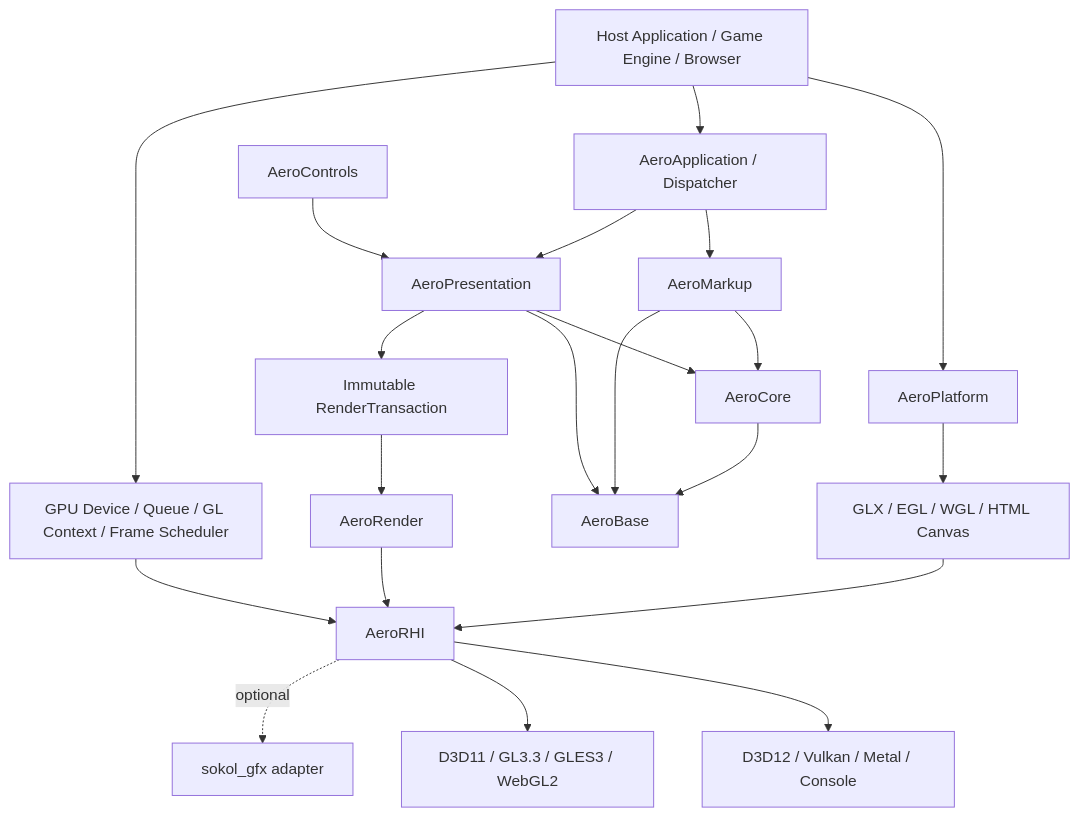
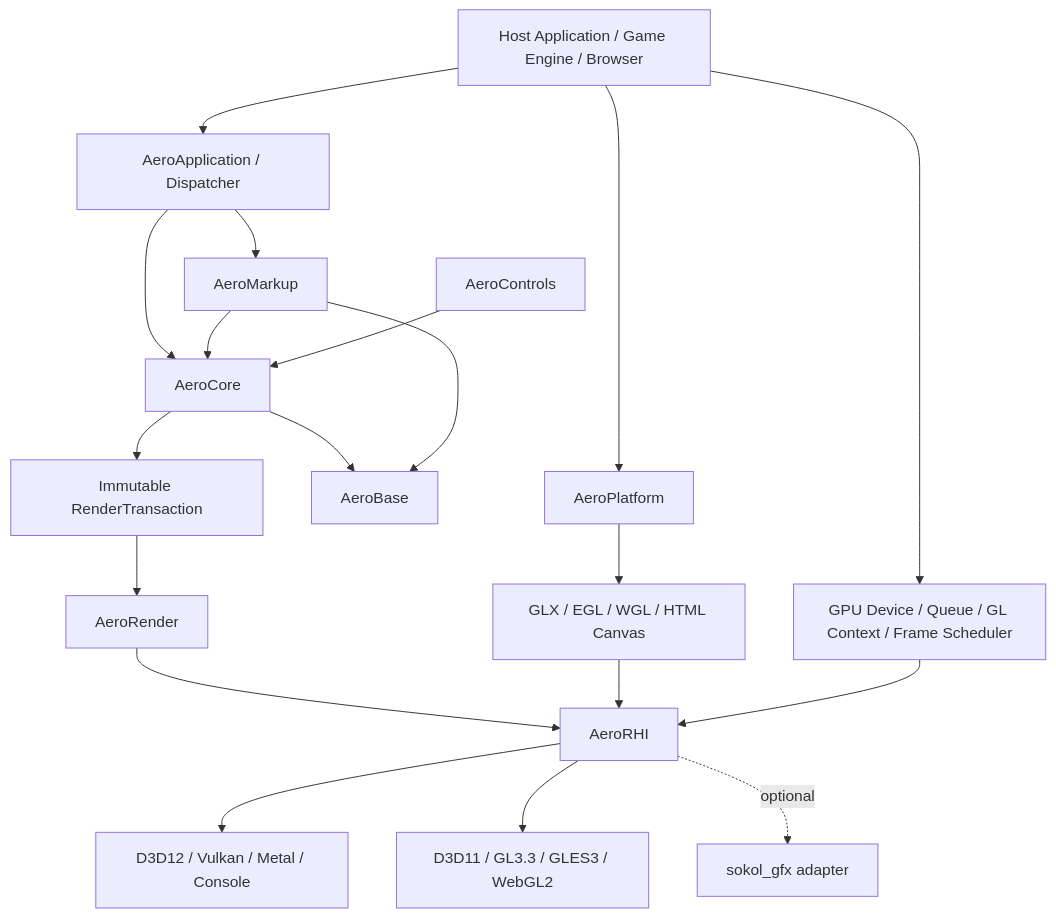
One commit to smithw2055-rgb/AeroGUI changed the diagram in docs/WPF_CPP_PORT_SPEC.md. Above: the diagram before and after it, drawn with Mermaid. The commit also changed other lines of this file and 255 other files, not shown here.

Commit message:
Apply AeroGUI presentation-layer removal patch

````diff
--- a/docs/WPF_CPP_PORT_SPEC.md
+++ b/docs/WPF_CPP_PORT_SPEC.md
@@ -130,27 +130,25 @@
 ```mermaid
 flowchart TB
     Host[Host Application / Game Engine / Browser] --> Platform[AeroPlatform]
     Host --> UI[AeroApplication / Dispatcher]
     Host --> Device[GPU Device / Queue / GL Context / Frame Scheduler]
 
     UI --> Markup[AeroMarkup]
-    Markup --> Core[AeroCore]
-    UI --> Presentation[AeroPresentation]
-    Presentation --> Core
-    Controls[AeroControls] --> Presentation
+    UI --> Core[AeroCore]
+    Markup --> Core
+    Controls[AeroControls] --> Core
 
     Core --> Base[AeroBase]
     Markup --> Base
-    Presentation --> Base
 
-    Presentation --> Tx[Immutable RenderTransaction]
+    Core --> Tx[Immutable RenderTransaction]
     Tx --> Render[AeroRender]
     Render --> RHI[AeroRHI]
     Platform --> Surface[GLX / EGL / WGL / HTML Canvas]
     Surface --> RHI
     Device --> RHI
 
     RHI --> Strategic[D3D12 / Vulkan / Metal / Console]
     RHI --> Compat[D3D11 / GL3.3 / GLES3 / WebGL2]
     RHI -. optional .-> Sokol[sokol_gfx adapter]
 ```
````
